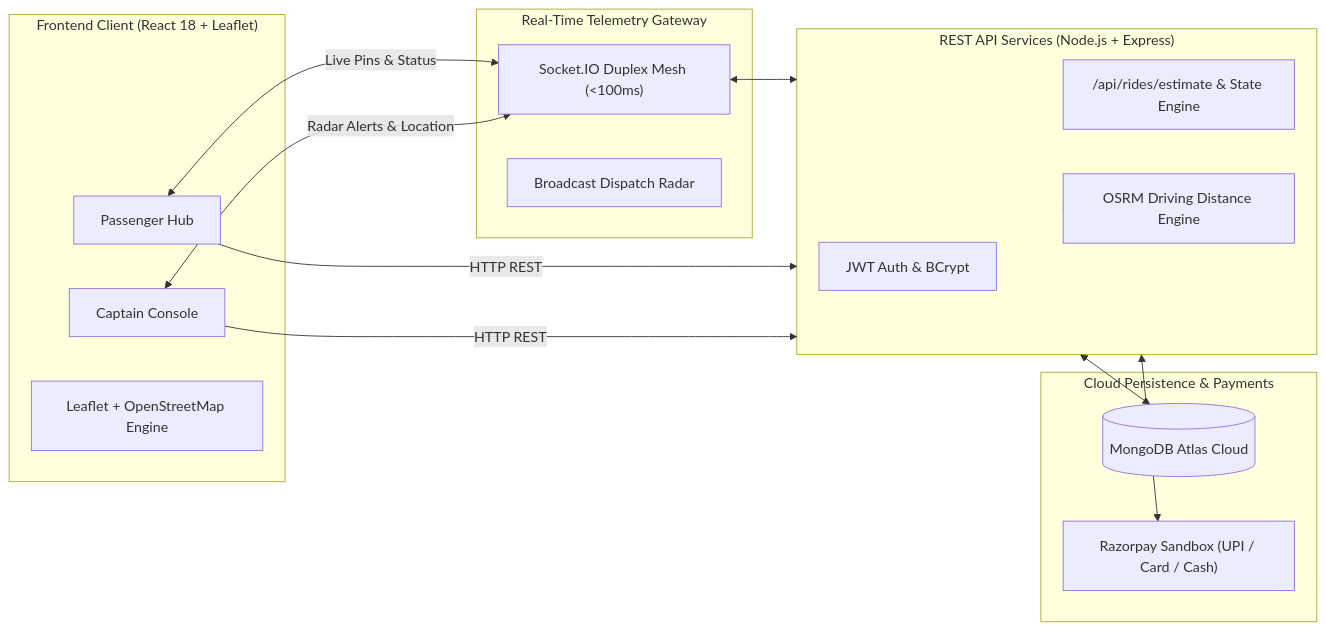
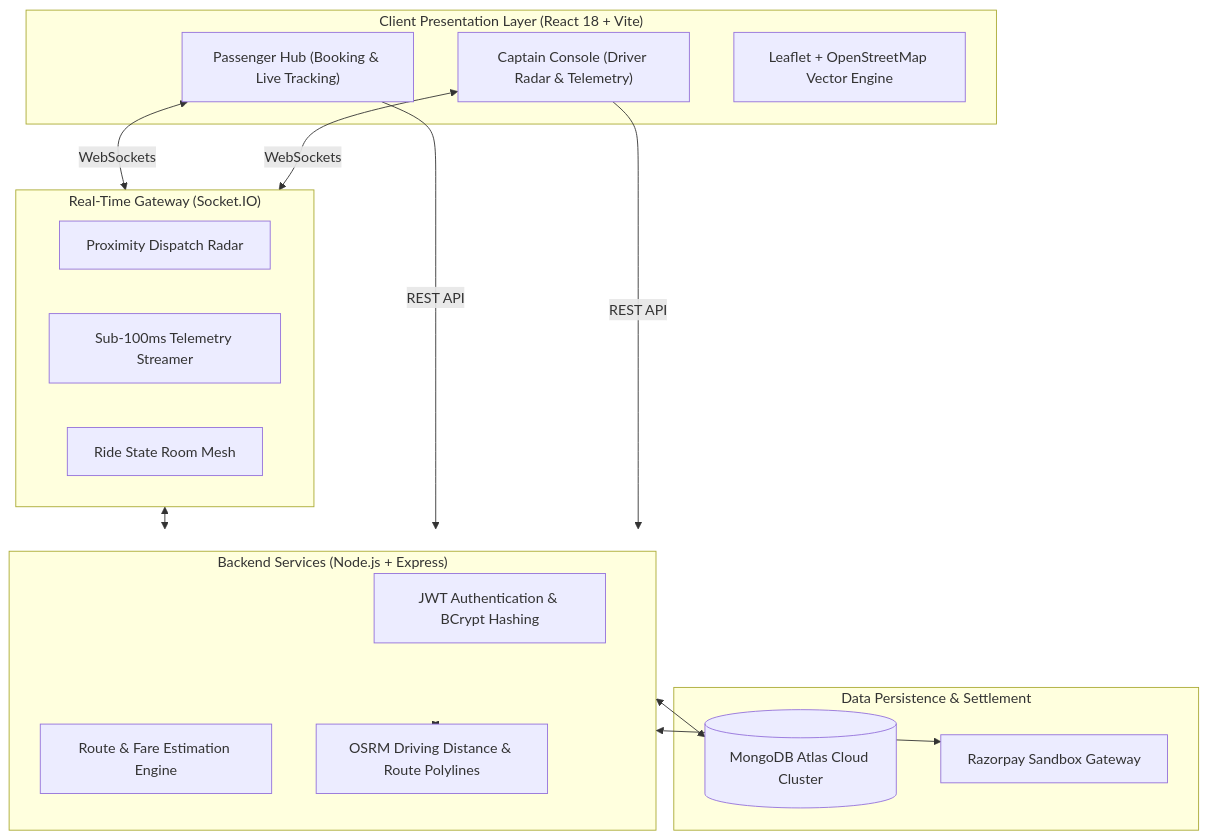
One commit to Suryacodeshere/Tripzy changed the diagram in README.md. Above: the diagram before and after it, drawn with Mermaid. The commit also changed other lines of this file and 2 other files, not shown here.

````diff
--- a/README.md
+++ b/README.md
@@ -72,33 +32,34 @@
 ```mermaid
-flowchart LR
-    subgraph Client ["Frontend Client (React 18 + Leaflet)"]
-        PH["Passenger Hub"]
-        CC["Captain Console"]
-        GIS["Leaflet + OpenStreetMap Engine"]
+flowchart TD
+    subgraph Client ["Client Presentation Layer (React 18 + Vite)"]
+        PH["Passenger Hub (Booking & Live Tracking)"]
+        CC["Captain Console (Driver Radar & Telemetry)"]
+        GIS["Leaflet + OpenStreetMap Vector Engine"]
     end
 
-    subgraph Gateway ["Real-Time Telemetry Gateway"]
-        WS["Socket.IO Duplex Mesh (<100ms)"]
-        Radar["Broadcast Dispatch Radar"]
+    subgraph RealTime ["Real-Time Gateway (Socket.IO)"]
+        Radar["Proximity Dispatch Radar"]
+        Location["Sub-100ms Telemetry Streamer"]
+        Room["Ride State Room Mesh"]
     end
 
-    subgraph Backend ["REST API Services (Node.js + Express)"]
-        Auth["JWT Auth & BCrypt"]
-        Rides["/api/rides/estimate & State Engine"]
-        OSRM["OSRM Driving Distance Engine"]
+    subgraph Services ["Backend Services (Node.js + Express)"]
+        Auth["JWT Authentication & BCrypt Hashing"]
+        Estimate["Route & Fare Estimation Engine"]
+        OSRM["OSRM Driving Distance & Route Polylines"]
     end
 
-    subgraph Storage ["Cloud Persistence & Payments"]
-        Mongo[("MongoDB Atlas Cloud")]
-        RP["Razorpay Sandbox (UPI / Card / Cash)"]
+    subgraph Data ["Data Persistence & Settlement"]
+        Mongo[("MongoDB Atlas Cloud Cluster")]
+        Payment["Razorpay Sandbox Gateway"]
     end
 
-    PH <-->|Live Pins & Status| WS
-    CC <-->|Radar Alerts & Location| WS
-    WS <--> Backend
-    PH -->|HTTP REST| Backend
-    CC -->|HTTP REST| Backend
-    Backend <--> Mongo
-    Backend <--> OSRM
-    Backend <--> RP
+    PH <-->|WebSockets| RealTime
+    CC <-->|WebSockets| RealTime
+    RealTime <--> Services
+    PH -->|REST API| Services
+    CC -->|REST API| Services
+    Services <--> Mongo
+    Services <--> OSRM
+    Services <--> Payment
 ```
````
